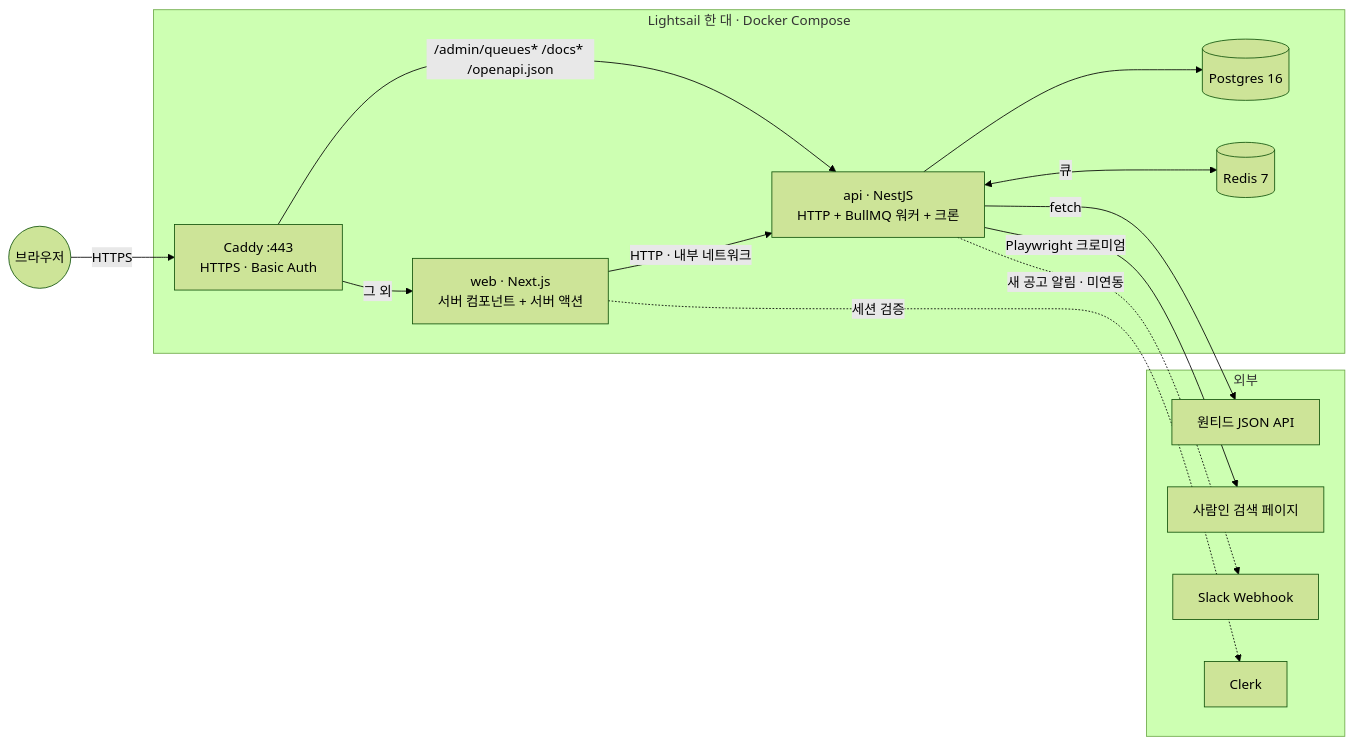
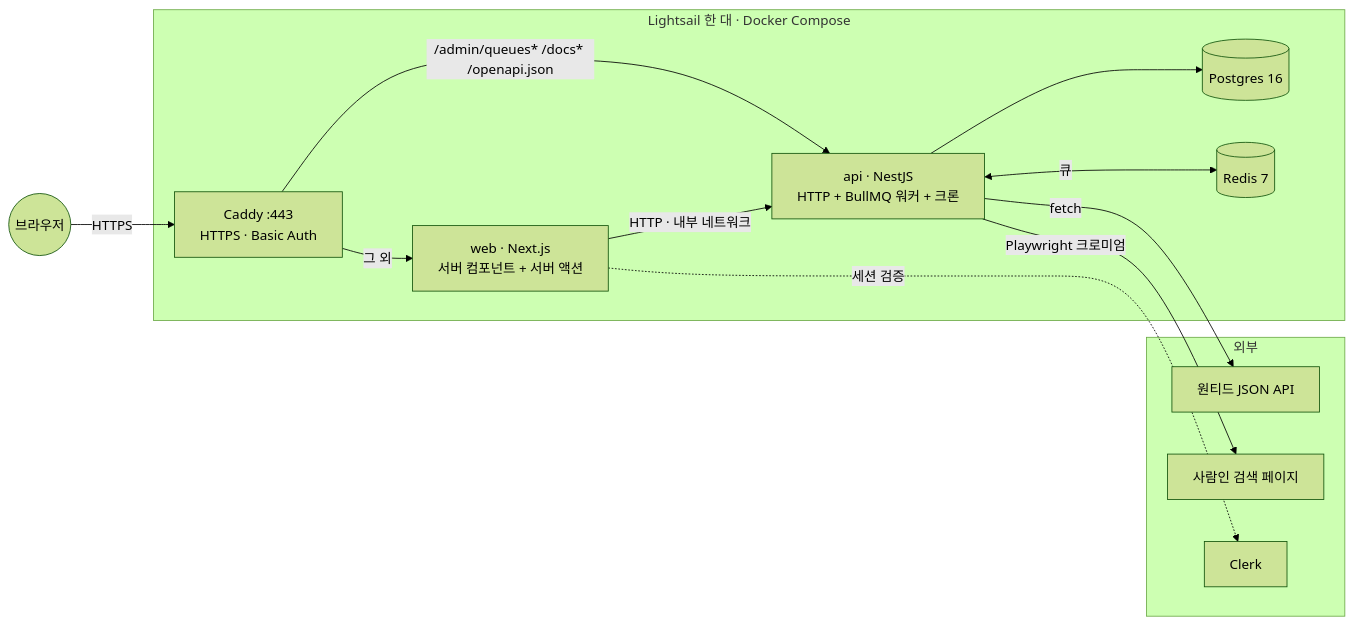
One commit to abbb1399/crawler changed the first of 5 diagrams in docs/ARCHITECTURE.md. Above: the diagram before and after it, drawn with Mermaid (forest theme). The commit also changed other lines of this file and 32 other files, not shown here.

````diff
--- a/docs/ARCHITECTURE.md
+++ b/docs/ARCHITECTURE.md
@@ -18,28 +18,26 @@
 ```mermaid
 flowchart LR
     subgraph ext[외부]
         W[원티드 JSON API]
         S[사람인 검색 페이지]
-        SL[Slack Webhook]
         CL[Clerk]
     end
 
     subgraph server[Lightsail 한 대 · Docker Compose]
         C[Caddy :443<br/>HTTPS · Basic Auth]
         WEB[web · Next.js<br/>서버 컴포넌트 + 서버 액션]
         API[api · NestJS<br/>HTTP + BullMQ 워커 + 크론]
         PG[(Postgres 16)]
         RD[(Redis 7)]
     end
 
     U((브라우저)) -->|HTTPS| C
     C -->|/admin/queues* /docs* /openapi.json| API
     C -->|그 외| WEB
     WEB -->|HTTP · 내부 네트워크| API
     WEB -.->|세션 검증| CL
     API --> PG
     API <-->|큐| RD
     API -->|fetch| W
     API -->|Playwright 크로미엄| S
-    API -.->|새 공고 알림 · 미연동| SL
 ```
````
